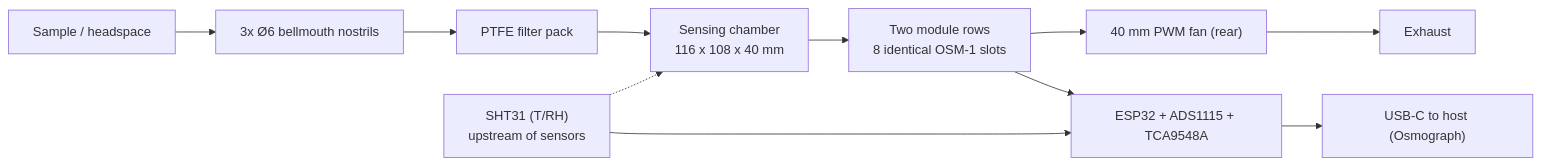
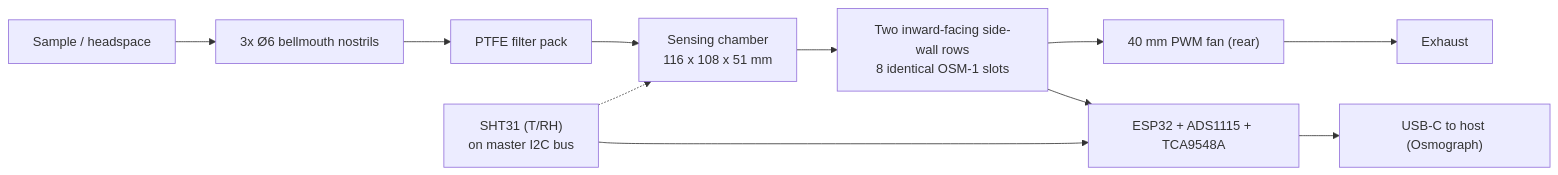
Before and after one commit to OpenSmell/smell-monitor: the first of 3 diagrams in docs/blueprint.md, drawn with Mermaid. The commit also changed other lines of this file and 77 other files, not shown here.

Commit message:
Flip OSM-1 to upright inward-facing side-wall cards

````diff
--- a/docs/blueprint.md
+++ b/docs/blueprint.md
@@ -117,13 +117,13 @@
 ```mermaid
 flowchart LR
     S[Sample / headspace] --> N["3x Ø6 bellmouth nostrils"]
     N --> F[PTFE filter pack]
-    F --> C["Sensing chamber<br/>116 x 108 x 40 mm"]
-    C --> B["Two module rows<br/>8 identical OSM-1 slots"]
+    F --> C["Sensing chamber<br/>116 x 108 x 51 mm"]
+    C --> B["Two inward-facing side-wall rows<br/>8 identical OSM-1 slots"]
     B --> X["40 mm PWM fan (rear)"]
     X --> E[Exhaust]
-    ENV["SHT31 (T/RH)<br/>upstream of sensors"] -.-> C
+    ENV["SHT31 (T/RH)<br/>on master I2C bus"] -.-> C
     B --> M["ESP32 + ADS1115 + TCA9548A"]
     ENV --> M
     M --> U["USB-C to host (Osmograph)"]
 ```
````
